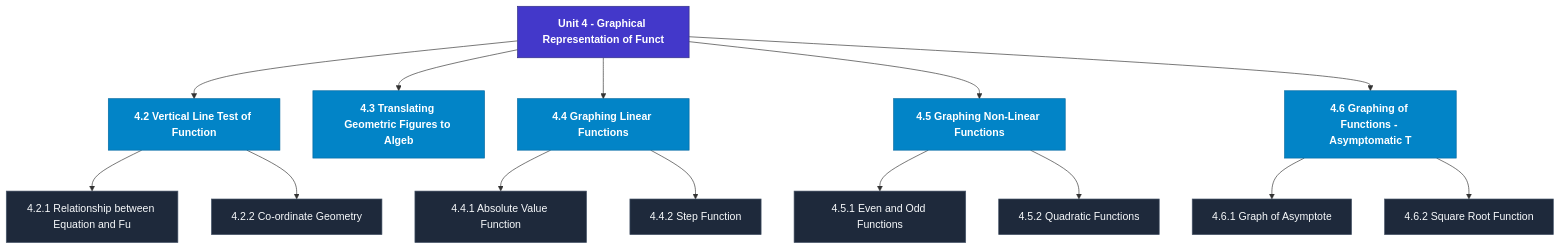
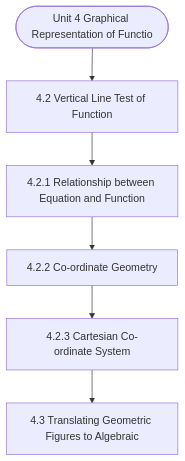
One commit to Asutosh-Coaching/mscdsa changed the diagram in notes/Semester_1/MCS-061_Mathematical_Foundations_-_I/unit_04_Graphical_Representation_of_Functions.md. Above: the diagram before and after it, drawn with Mermaid. The commit also changed other lines of this file and 115 other files, not shown here.

Commit message:
Fix Mermaid layout for mobile, isolate LaTeX delimiters, and add GitHub Pages reader

````diff
--- a/notes/Semester_1/MCS-061_Mathematical_Foundations_-_I/unit_04_Graphical_Representation_of_Functions.md
+++ b/notes/Semester_1/MCS-061_Mathematical_Foundations_-_I/unit_04_Graphical_Representation_of_Functions.md
@@ -19,35 +19,14 @@
 ```mermaid
 flowchart TD
-  %% Styling Definitions
-  classDef head fill:#4338ca,stroke:#312e81,color:#ffffff,font-weight:bold;
-  classDef topic fill:#0284c7,stroke:#0369a1,color:#ffffff,font-weight:600;
-  classDef sub fill:#1e293b,stroke:#475569,color:#f8fafc;
-
-  Root["Unit 4 - Graphical Representation of Funct"]:::head
-  M1["4.2 Vertical Line Test of Function"]:::topic
-  Root --> M1
-  M1_1["4.2.1 Relationship between Equation and Fu"]:::sub
-  M1 --> M1_1
-  M1_2["4.2.2 Co-ordinate Geometry"]:::sub
-  M1 --> M1_2
-  M2["4.3 Translating Geometric Figures to Algeb"]:::topic
-  Root --> M2
-  M3["4.4 Graphing Linear Functions"]:::topic
-  Root --> M3
-  M3_1["4.4.1 Absolute Value Function"]:::sub
-  M3 --> M3_1
-  M3_2["4.4.2 Step Function"]:::sub
-  M3 --> M3_2
-  M4["4.5 Graphing Non-Linear Functions"]:::topic
-  Root --> M4
-  M4_1["4.5.1 Even and Odd Functions"]:::sub
-  M4 --> M4_1
-  M4_2["4.5.2 Quadratic Functions"]:::sub
-  M4 --> M4_2
-  M5["4.6 Graphing of Functions - Asymptomatic T"]:::topic
-  Root --> M5
-  M5_1["4.6.1 Graph of Asymptote"]:::sub
-  M5 --> M5_1
-  M5_2["4.6.2 Square Root Function"]:::sub
-  M5 --> M5_2
+  Start(["Unit 4 Graphical Representation of Functio"])
+  N1["4.2 Vertical Line Test of Function"]
+  N2["4.2.1 Relationship between Equation and Function"]
+  N3["4.2.2 Co-ordinate Geometry"]
+  N4["4.2.3 Cartesian Co-ordinate System"]
+  N5["4.3 Translating Geometric Figures to Algebraic"]
+  Start --> N1
+  N1 --> N2
+  N2 --> N3
+  N3 --> N4
+  N4 --> N5
 ```
````
